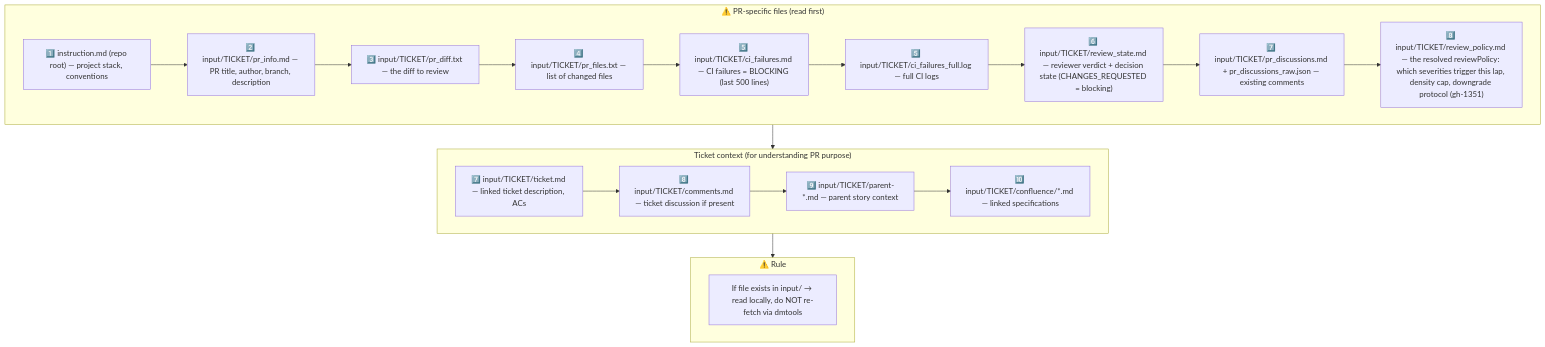
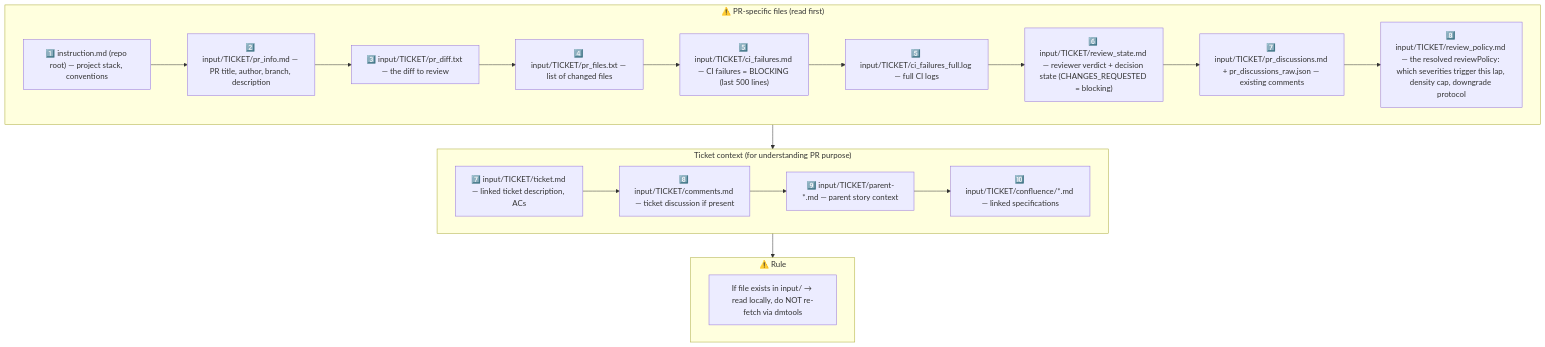
One commit to IstiN/dmtools-agents changed the second of 2 diagrams in instructions/pr_rework/general_guidelines.md. Above: the diagram before and after it, drawn with Mermaid. The commit also changed other lines of this file and 109 other files, not shown here.

````diff
--- a/instructions/pr_rework/general_guidelines.md
+++ b/instructions/pr_rework/general_guidelines.md
@@ -33,29 +33,29 @@
 ```mermaid
 flowchart TD
     subgraph PR_CONTEXT["⚠️ PR-specific files (read first)"]
         P1["1️⃣ instruction.md (repo root) — project stack, conventions"]
         P2["2️⃣ input/TICKET/pr_info.md — PR title, author, branch, description"]
         P3["3️⃣ input/TICKET/pr_diff.txt — the diff to review"]
         P4["4️⃣ input/TICKET/pr_files.txt — list of changed files"]
         P5["5️⃣ input/TICKET/ci_failures.md — CI failures = BLOCKING (last 500 lines)"]
         P5_FULL["5️⃣ input/TICKET/ci_failures_full.log — full CI logs"]
         P6["6️⃣ input/TICKET/review_state.md — reviewer verdict + decision state (CHANGES_REQUESTED = blocking)"]
         P7["7️⃣ input/TICKET/pr_discussions.md + pr_discussions_raw.json — existing comments"]
-        P8["8️⃣ input/TICKET/review_policy.md — the resolved reviewPolicy: which severities trigger this lap, density cap, downgrade protocol (gh-1351)"]
+        P8["8️⃣ input/TICKET/review_policy.md — the resolved reviewPolicy: which severities trigger this lap, density cap, downgrade protocol"]
         P1 --> P2 --> P3 --> P4 --> P5 --> P5_FULL --> P6 --> P7 --> P8
     end
 
     subgraph TICKET_CONTEXT["Ticket context (for understanding PR purpose)"]
         T1["7️⃣ input/TICKET/ticket.md — linked ticket description, ACs"]
         T2["8️⃣ input/TICKET/comments.md — ticket discussion if present"]
         T3["9️⃣ input/TICKET/parent-*.md — parent story context"]
         T4["🔟 input/TICKET/confluence/*.md — linked specifications"]
         T1 --> T2 --> T3 --> T4
     end
 
     subgraph RULE["⚠️ Rule"]
         R1["If file exists in input/ → read locally, do NOT re-fetch via dmtools"]
     end
 
     PR_CONTEXT --> TICKET_CONTEXT --> RULE
 ```
````
